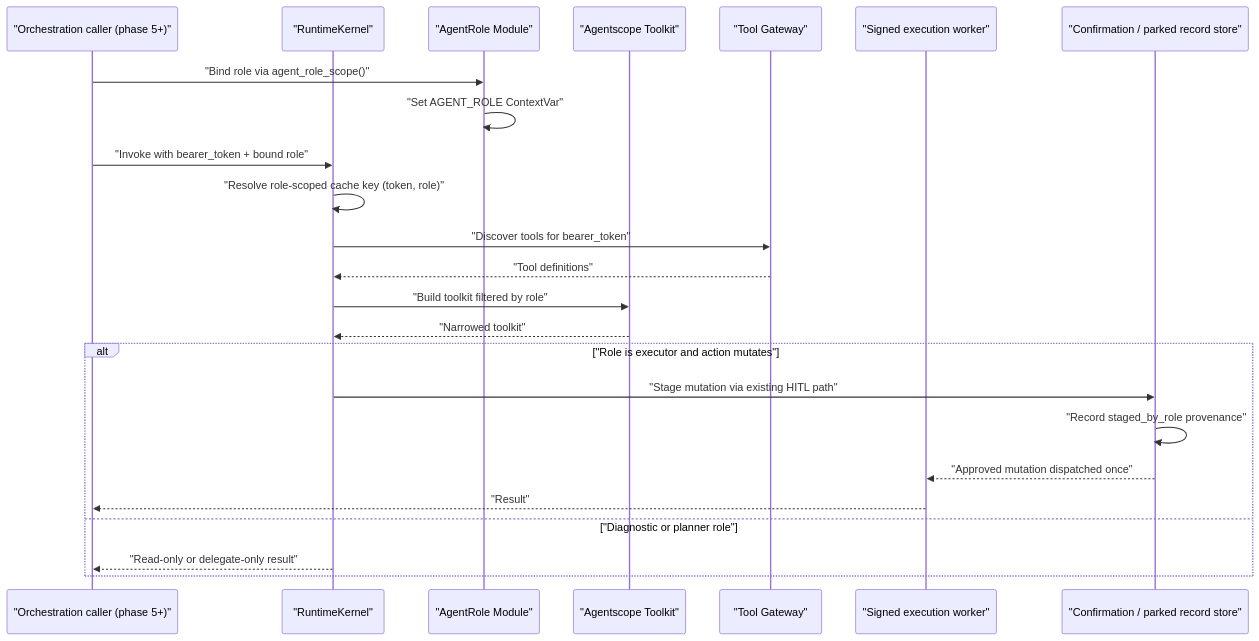
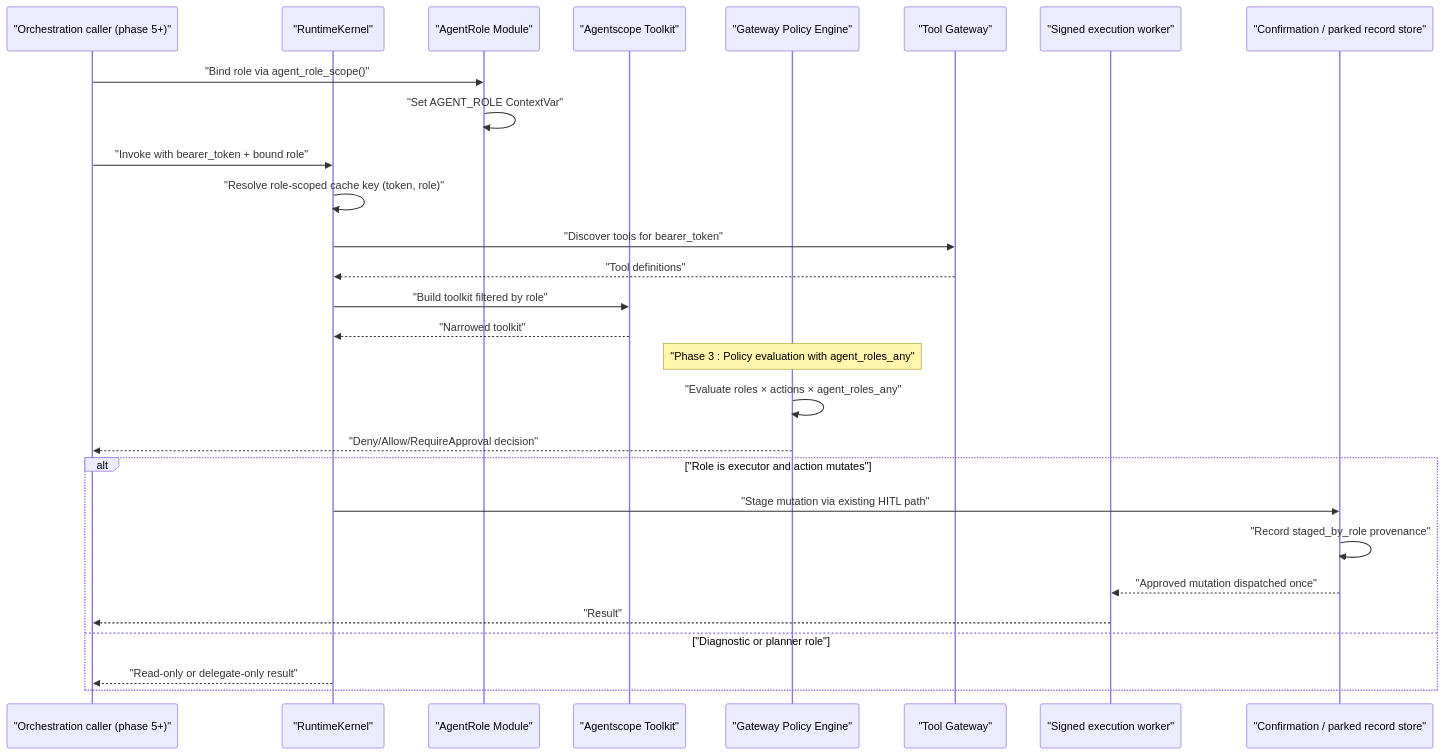
One commit to metasync/luban-aiops changed the second of 8 diagrams in .qoder/repowiki/en/content/Shared Contracts/SPEC-073_ Role-Scoped Agent Identity and Authority.md. Above: the diagram before and after it, drawn with Mermaid. The commit also changed other lines of this file and 128 other files, not shown here.

````diff
--- a/.qoder/repowiki/en/content/Shared Contracts/SPEC-073_ Role-Scoped Agent Identity and Authority.md
+++ b/.qoder/repowiki/en/content/Shared Contracts/SPEC-073_ Role-Scoped Agent Identity and Authority.md
@@ -114,26 +130,30 @@
 ```mermaid
 sequenceDiagram
 participant Caller as "Orchestration caller (phase 5+)"
 participant Kernel as "RuntimeKernel"
 participant RoleModule as "AgentRole Module"
 participant Toolkit as "Agentscope Toolkit"
+participant PolicyEngine as "Gateway Policy Engine"
 participant Gateway as "Tool Gateway"
 participant Worker as "Signed execution worker"
 participant Store as "Confirmation / parked record store"
 Caller->>RoleModule : "Bind role via agent_role_scope()"
 RoleModule->>RoleModule : "Set AGENT_ROLE ContextVar"
 Caller->>Kernel : "Invoke with bearer_token + bound role"
 Kernel->>Kernel : "Resolve role-scoped cache key (token, role)"
 Kernel->>Gateway : "Discover tools for bearer_token"
 Gateway-->>Kernel : "Tool definitions"
 Kernel->>Toolkit : "Build toolkit filtered by role"
 Toolkit-->>Kernel : "Narrowed toolkit"
+Note over PolicyEngine : "Phase 3 : Policy evaluation with agent_roles_any"
+PolicyEngine->>PolicyEngine : "Evaluate roles × actions × agent_roles_any"
+PolicyEngine-->>Caller : "Deny/Allow/RequireApproval decision"
 alt "Role is executor and action mutates"
 Kernel->>Store : "Stage mutation via existing HITL path"
 Store->>Store : "Record staged_by_role provenance"
 Store-->>Worker : "Approved mutation dispatched once"
 Worker-->>Caller : "Result"
 else "Diagnostic or planner role"
 Kernel-->>Caller : "Read-only or delegate-only result"
 end
 ```
````
